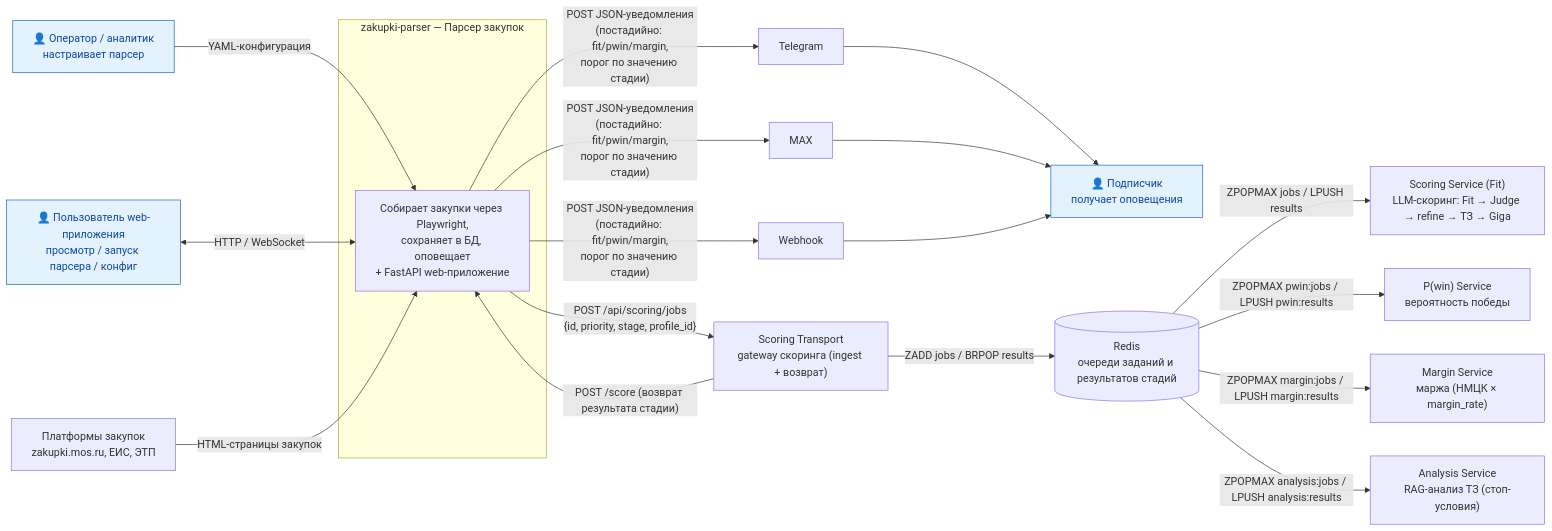
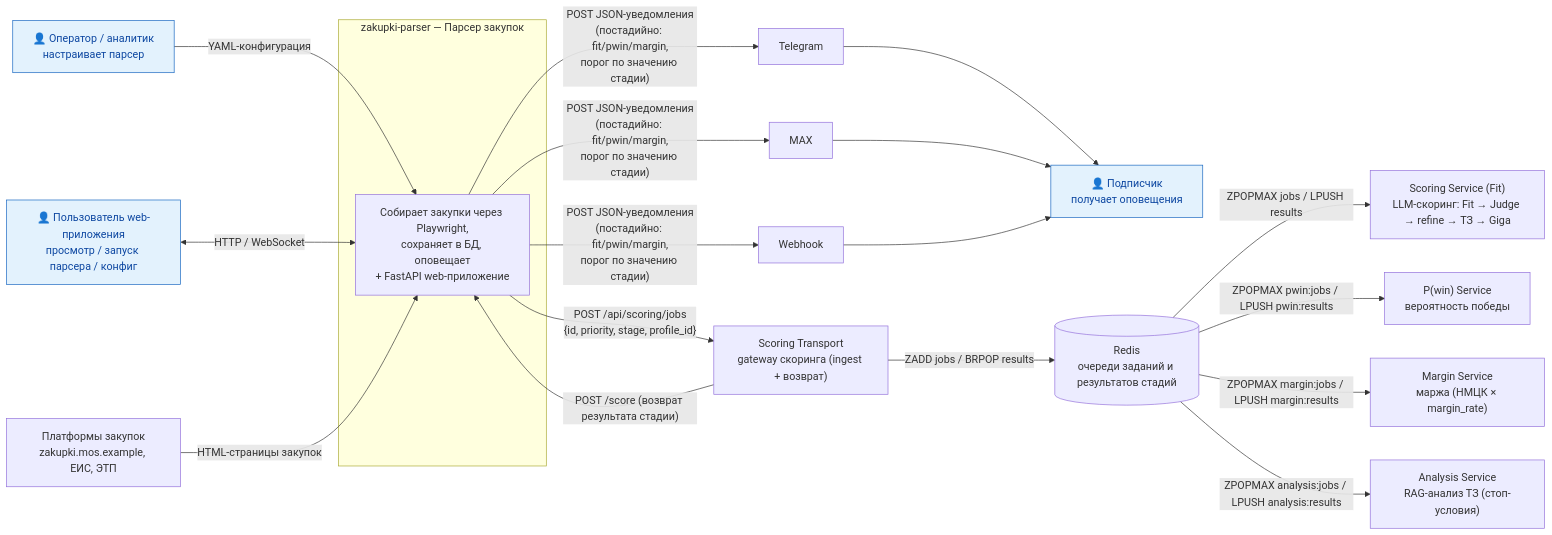
The diagram in docs/c4/context.md (igorvolk1961/zakupki_parser), drawn with Mermaid before and after one commit. The commit also changed 50 other files, not shown here.

````diff
--- a/docs/c4/context.md
+++ b/docs/c4/context.md
@@ -5,42 +5,42 @@
 ```mermaid
 flowchart LR
     classDef actor fill:#e3f2fd,stroke:#1565c0,color:#0d47a1
 
     U["👤 Оператор / аналитик<br/>настраивает парсер"]
     S["👤 Подписчик<br/>получает оповещения"]
     W["👤 Пользователь web-приложения<br/>просмотр / запуск парсера / конфиг"]
 
     subgraph System["zakupki-parser — Парсер закупок"]
         P["Собирает закупки через Playwright,<br/>сохраняет в БД, оповещает<br/>+ FastAPI web-приложение"]
     end
 
-    Z["Платформы закупок<br/>zakupki.mos.ru, ЕИС, ЭТП"]
+    Z["Платформы закупок<br/>zakupki.mos.example, ЕИС, ЭТП"]
     TR["Scoring Transport<br/>gateway скоринга (ingest + возврат)"]
     RS[("Redis<br/>очереди заданий и результатов стадий")]
     SF["Scoring Service (Fit)<br/>LLM-скоринг: Fit → Judge → refine → ТЗ → Giga"]
     SP["P(win) Service<br/>вероятность победы"]
     SM["Margin Service<br/>маржа (НМЦК × margin_rate)"]
     AN["Analysis Service<br/>RAG-анализ ТЗ (стоп-условия)"]
     TG["Telegram"]
     MX["MAX"]
     WH["Webhook"]
 
     U -->|"YAML-конфигурация"| P
     W <-->|"HTTP / WebSocket"| P
     Z -->|"HTML-страницы закупок"| P
     P -->|"POST /api/scoring/jobs<br/>{id, priority, stage, profile_id}"| TR
     TR -->|"ZADD jobs / BRPOP results"| RS
     RS -->|"ZPOPMAX jobs / LPUSH results"| SF
     RS -->|"ZPOPMAX pwin:jobs / LPUSH pwin:results"| SP
     RS -->|"ZPOPMAX margin:jobs / LPUSH margin:results"| SM
     RS -->|"ZPOPMAX analysis:jobs / LPUSH analysis:results"| AN
     TR -->|"POST /score (возврат результата стадии)"| P
     P -->|"POST JSON-уведомления<br/>(постадийно: fit/pwin/margin,<br/>порог по значению стадии)"| TG
     P -->|"POST JSON-уведомления<br/>(постадийно: fit/pwin/margin,<br/>порог по значению стадии)"| MX
     P -->|"POST JSON-уведомления<br/>(постадийно: fit/pwin/margin,<br/>порог по значению стадии)"| WH
     TG --> S
     MX --> S
     WH --> S
 
     class U,S,W actor
 ```
````
